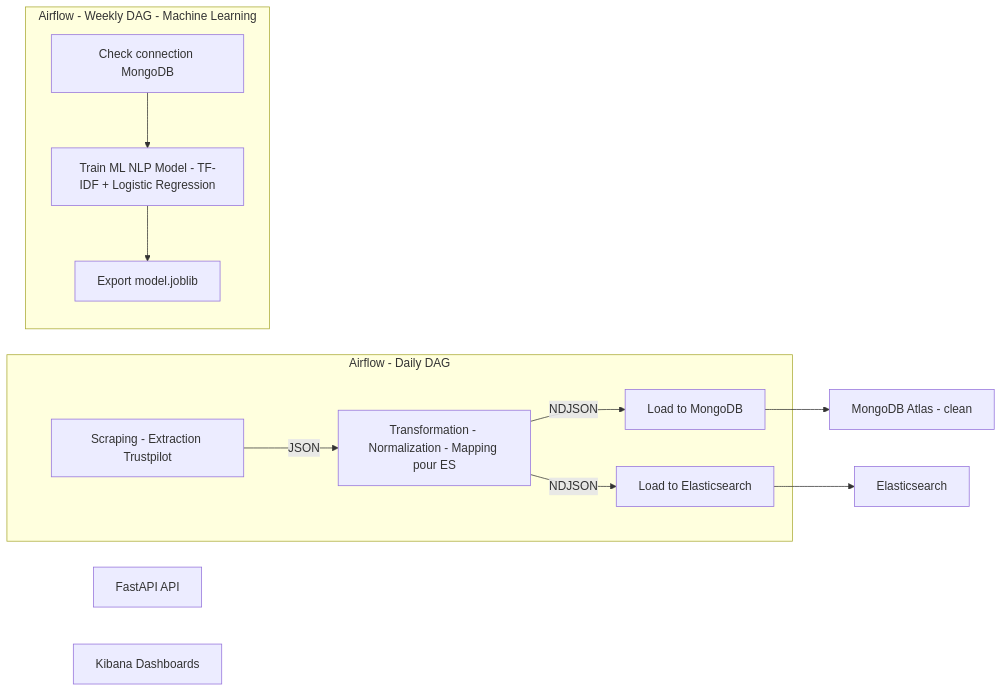
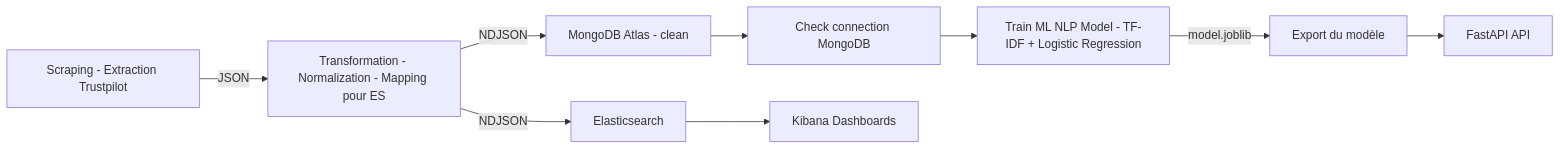
One commit to AbderraoufBou14/trustpilot-sentiment-data-pipeline changed the diagram in README.md. Above: the diagram before and after it, drawn with Mermaid.

Commit message:
Revise architecture diagram in README.md
Updated the architecture diagram for Daily and Weekly DAGs in the README.

````diff
--- a/README.md
+++ b/README.md
@@ -27,31 +27,16 @@
 ```mermaid
 flowchart LR
-    %% --- Daily DAG: scrape -> transform -> load ES & Mongo ---
-    subgraph D[Airflow - Daily DAG]
-        D1[Scraping - Extraction Trustpilot]
-        D2[Transformation - Normalization - Mapping pour ES]
-        D3[Load to MongoDB]
-        D4[Load to Elasticsearch]
-        D1 --> |JSON| D2
-        D2 --> |NDJSON| D3
-        D2 --> |NDJSON| D4
-    end
+    %% --- Daily DAG ---
+    A1[Scraping - Extraction Trustpilot] --> |JSON| A2[Transformation - Normalization - Mapping pour ES]
+    A2 --> |NDJSON| B1[MongoDB Atlas - clean]
+    A2 --> |NDJSON| B2[Elasticsearch]
 
-    %% --- Weekly DAG: train model from MongoDB ---
-    subgraph W[Airflow - Weekly DAG - Machine Learning]
-        W1[Check connection MongoDB]
-        W2[Train ML NLP Model - TF-IDF + Logistic Regression]
-        W3[Export model.joblib]
-        W1 --> W2 --> W3
-    end
+    %% --- Weekly DAG ---
+    B1 --> C1[Check connection MongoDB]
+    C1 --> C2[Train ML NLP Model - TF-IDF + Logistic Regression]
+    C2 --> |model.joblib| C3[Export du modèle]
 
-    %% --- Storages et services ---
-    M[MongoDB Atlas - clean]
-    E[Elasticsearch]
-    G[FastAPI API]
-    K[Kibana Dashboards]
-
-    %% --- Flux de données ---
-    D3 --> M
-    D4 --> E
+    %% --- Services ---
+    C3 --> D1[FastAPI API]
+    B2 --> D2[Kibana Dashboards]
 ```
````
